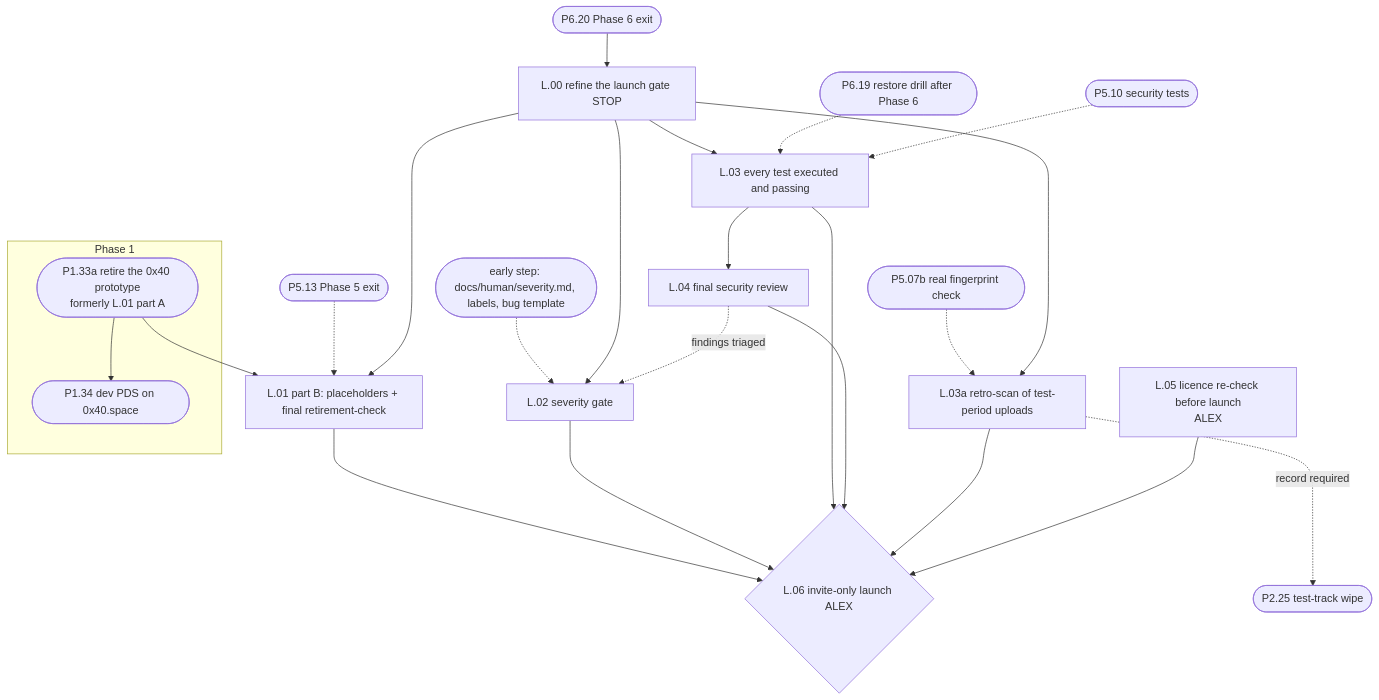
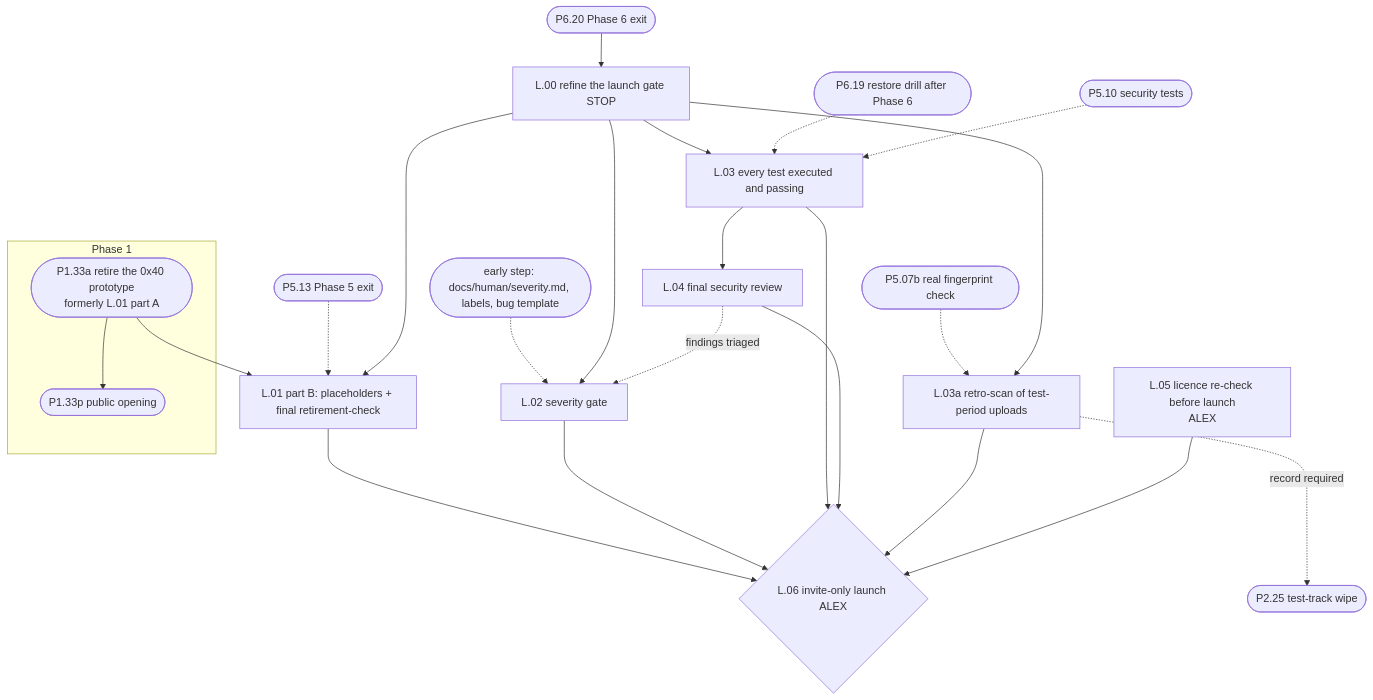
The diagram in docs/ai/book/launch-gate.md (Undefined6799/unset), drawn with Mermaid before and after one commit. The commit also changed other lines of this file and 8 other files, not shown here.

````diff
--- a/docs/ai/book/launch-gate.md
+++ b/docs/ai/book/launch-gate.md
@@ -43,26 +43,27 @@
 ```mermaid
 flowchart TD
   subgraph PH1[Phase 1]
-    L01A([P1.33a retire the 0x40 prototype<br/>formerly L.01 part A]) --> P134([P1.34 dev PDS on 0x40.space])
+    L01A([P1.33a retire the 0x40 prototype<br/>formerly L.01 part A]) --> P133P([P1.33p public opening])
+    %% P1.34 no longer depends on P1.33a: C21 is waived under dev (#1174, 2026-10-21)
   end
   SEV([early step: docs/human/severity.md, labels, bug template]) -.-> L02
   P620([P6.20 Phase 6 exit]) --> L00[L.00 refine the launch gate STOP]
   L00 --> L02[L.02 severity gate]
   L00 --> L03[L.03 every test executed and passing]
   P619([P6.19 restore drill after Phase 6]) -.-> L03
   P510([P5.10 security tests]) -.-> L03
   L03 --> L04[L.04 final security review]
   L04 -.->|findings triaged| L02
   L01A --> L01B[L.01 part B: placeholders + final retirement-check]
   P513([P5.13 Phase 5 exit]) -.-> L01B
   L00 --> L01B
   L01B --> L06
   L02 --> L06
   L03 --> L06
   L04 --> L06
   P507b([P5.07b real fingerprint check]) -.-> L03a
   L00 --> L03a[L.03a retro-scan of test-period uploads]
   L03a --> L06
   L03a -.->|record required| WIPE([P2.25 test-track wipe])
   L05[L.05 licence re-check before launch<br/>ALEX] --> L06{L.06 invite-only launch ALEX}
 ```
````
